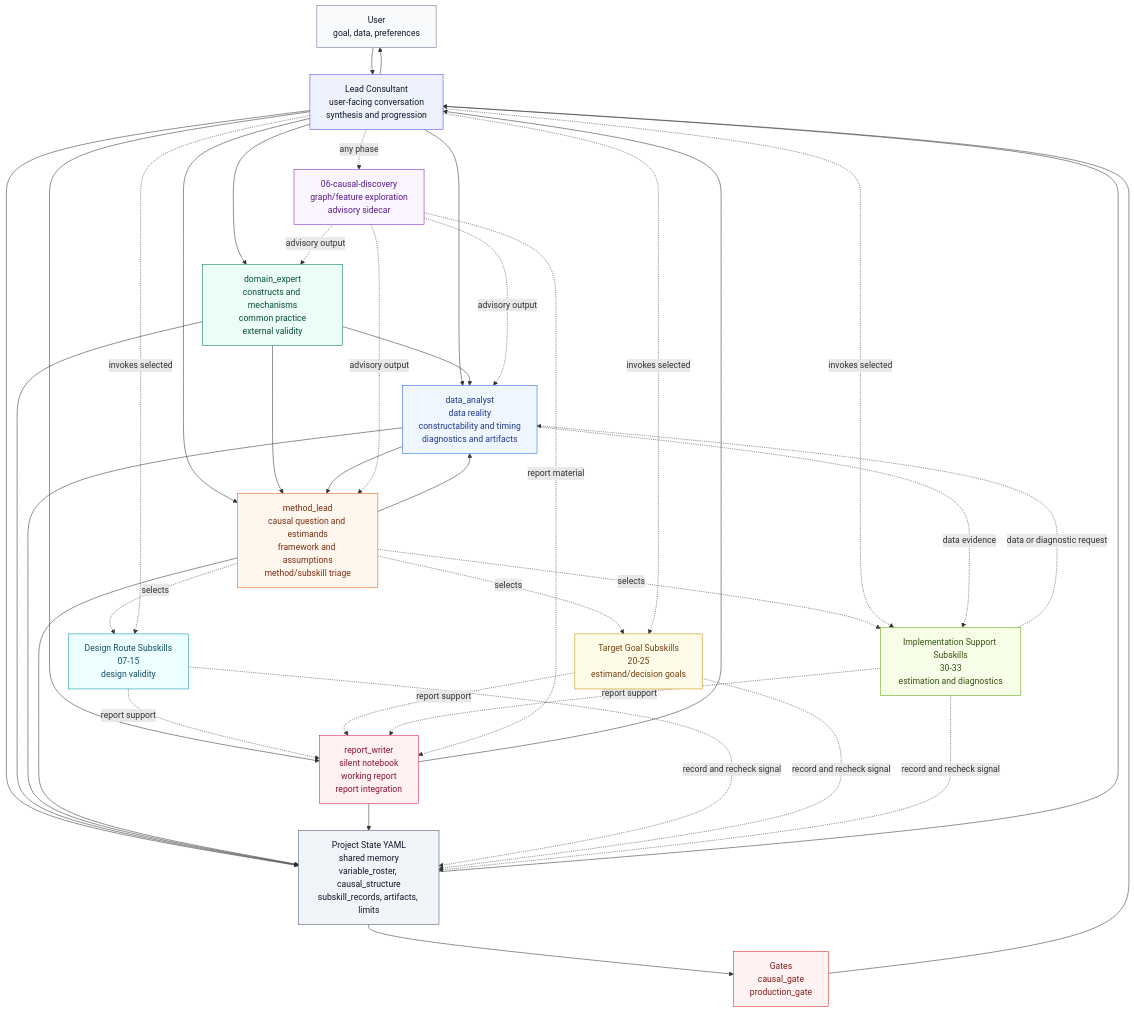
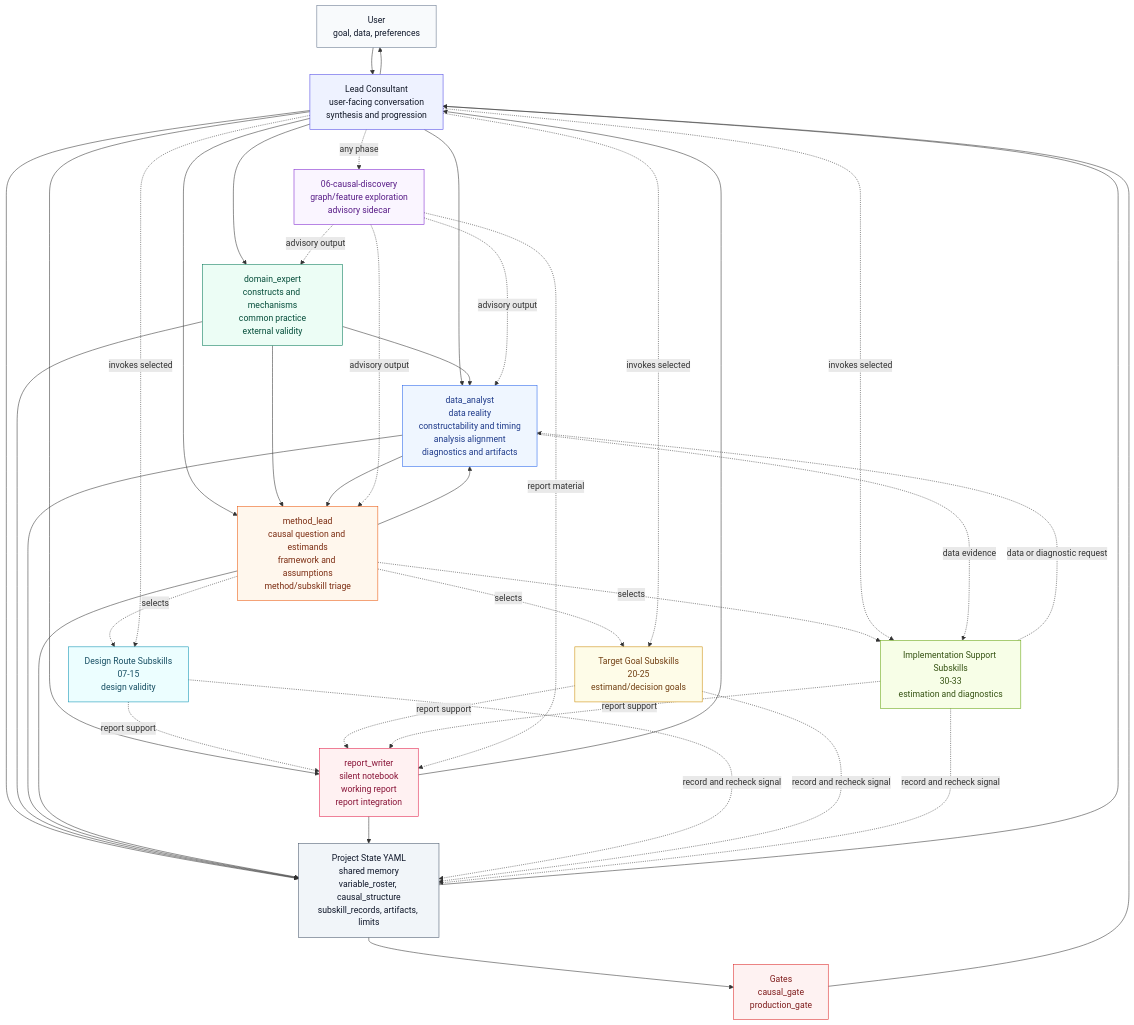
The diagram in README.md (rqzhu-aide/causal-consultant), drawn with Mermaid before and after one commit. The commit also changed other lines of this file and 54 other files, not shown here.

Commit message:
Update workflow contracts and report production flow

```diff
--- a/README.md
+++ b/README.md
@@ -117,7 +117,7 @@
     lead["Lead Consultant<br/>user-facing conversation<br/>synthesis and progression"]
     state["Project State YAML<br/>shared memory<br/>variable_roster, causal_structure<br/>subskill_records, artifacts, limits"]
     domain["domain_expert<br/>constructs and mechanisms<br/>common practice<br/>external validity"]
-    data["data_analyst<br/>data reality<br/>constructability and timing<br/>diagnostics and artifacts"]
+    data["data_analyst<br/>data reality<br/>constructability and timing<br/>analysis alignment<br/>diagnostics and artifacts"]
     method["method_lead<br/>causal question and estimands<br/>framework and assumptions<br/>method/subskill triage"]
     writer["report_writer<br/>silent notebook<br/>working report<br/>report integration"]
     discovery["06-causal-discovery<br/>graph/feature exploration<br/>advisory sidecar"]
```
